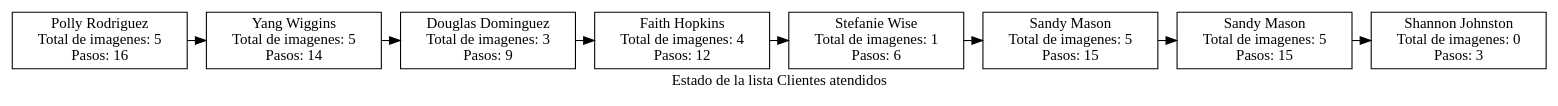
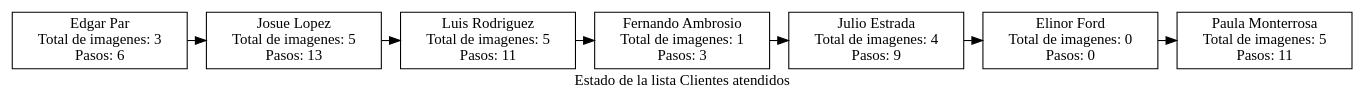
Before and after one commit to Kelly901/EDD_PROYECTO_FASE1_201900716: the diagram in [EDD]PROYECTO_FASE1_201900716/Proyecto1_Edd/atendidos.dot, drawn with Graphviz. The commit also changed 54 other files, not shown here.

```diff
--- a/[EDD]PROYECTO_FASE1_201900716/Proyecto1_Edd/atendidos.dot
+++ b/[EDD]PROYECTO_FASE1_201900716/Proyecto1_Edd/atendidos.dot
@@ -1,39 +1,35 @@
 digraph G{
 label="Estado de la lista Clientes atendidos";
 node[shape=box];
-n791452441[label="Polly Rodriguez
+n951007336[label="Edgar Par
+Total de imagenes: 3
+Pasos: 6"];
+n2001049719[label="Josue Lopez
 Total de imagenes: 5
-Pasos: 16"];
-n834600351[label="Yang Wiggins
+Pasos: 13"];
+n1528902577[label="Luis Rodriguez
 Total de imagenes: 5
-Pasos: 14"];
-n471910020[label="Douglas Dominguez
-Total de imagenes: 3
+Pasos: 11"];
+n1927950199[label="Fernando Ambrosio
+Total de imagenes: 1
+Pasos: 3"];
+n868693306[label="Julio Estrada
+Total de imagenes: 4
 Pasos: 9"];
-n531885035[label="Faith Hopkins
-Total de imagenes: 4
-Pasos: 12"];
-n1418481495[label="Stefanie Wise
-Total de imagenes: 1
-Pasos: 6"];
-n303563356[label="Sandy Mason
+n1746572565[label="Elinor Ford
+Total de imagenes: 0
+Pasos: 0"];
+n989110044[label="Paula Monterrosa
 Total de imagenes: 5
-Pasos: 15"];
-n135721597[label="Sandy Mason
-Total de imagenes: 5
-Pasos: 15"];
-n142257191[label="Shannon Johnston
-Total de imagenes: 0
-Pasos: 3"];
+Pasos: 11"];
 
 {rank=same;
-n791452441->n834600351;
-n834600351->n471910020;
-n471910020->n531885035;
-n531885035->n1418481495;
-n1418481495->n303563356;
-n303563356->n135721597;
-n135721597->n142257191;
+n951007336->n2001049719;
+n2001049719->n1528902577;
+n1528902577->n1927950199;
+n1927950199->n868693306;
+n868693306->n1746572565;
+n1746572565->n989110044;
 
 }
 }
```
